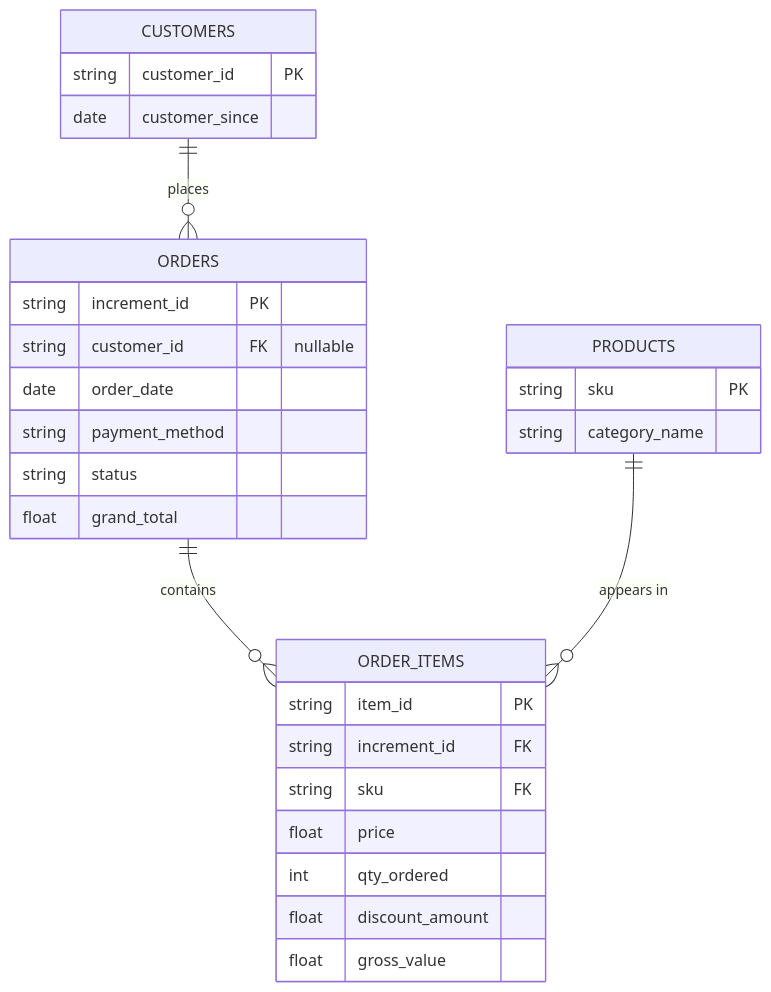
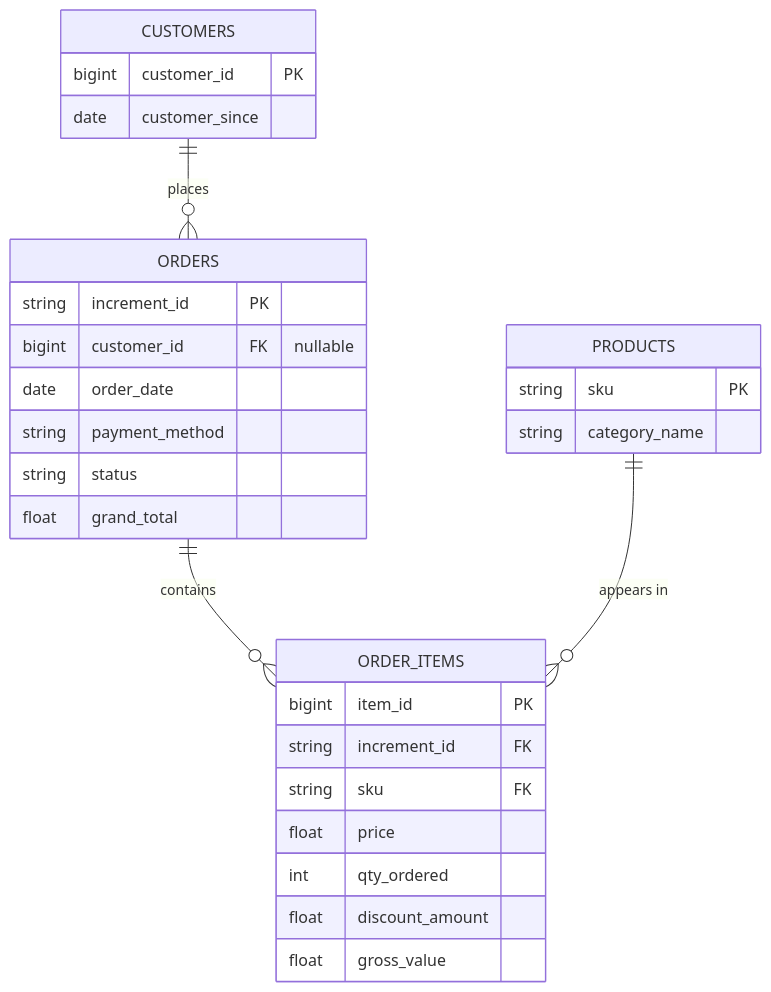
One commit to mykyta-kk/sql-oltp-olap-analysis changed the diagram in README.md. Above: the diagram before and after it, drawn with Mermaid. The commit also changed 3 other files, not shown here.

Commit message:
Add discount_amount and ID-type validation (2.9, 2.13); sync ER diagram types

````diff
--- a/README.md
+++ b/README.md
@@ -41,31 +41,31 @@
 ```mermaid
 erDiagram
   CUSTOMERS ||--o{ ORDERS : places
   ORDERS ||--o{ ORDER_ITEMS : contains
   PRODUCTS ||--o{ ORDER_ITEMS : "appears in"
   CUSTOMERS {
-    string customer_id PK
+    bigint customer_id PK
     date customer_since
   }
   PRODUCTS {
     string sku PK
     string category_name
   }
   ORDERS {
     string increment_id PK
-    string customer_id FK "nullable"
+    bigint customer_id FK "nullable"
     date order_date
     string payment_method
     string status
     float grand_total
   }
   ORDER_ITEMS {
-    string item_id PK
+    bigint item_id PK
     string increment_id FK
     string sku FK
     float price
     int qty_ordered
     float discount_amount
     float gross_value
   }
 ```
````
